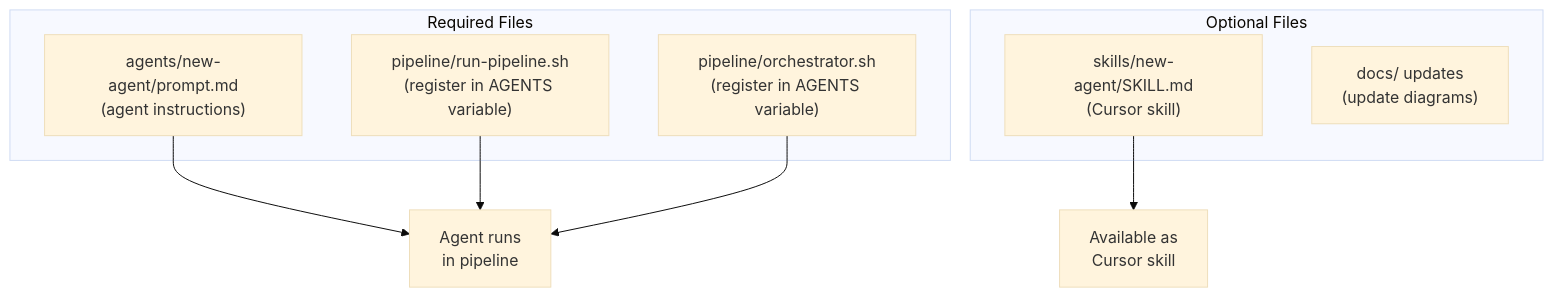
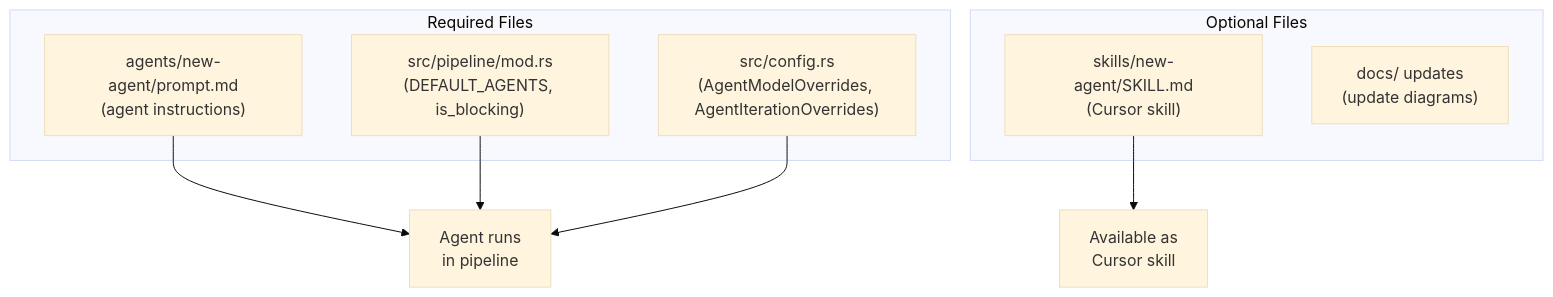
One commit to delehner/wisp changed the first of 2 diagrams in docs/adding-agents.md. Above: the diagram before and after it, drawn with Mermaid (base theme). The commit also changed other lines of this file and 53 other files, not shown here.

````diff
--- a/docs/adding-agents.md
+++ b/docs/adding-agents.md
@@ -7,18 +7,18 @@
 ```mermaid
 flowchart TD
     subgraph Required["Required Files"]
         Prompt["agents/new-agent/prompt.md\n(agent instructions)"]
-        Pipe["pipeline/run-pipeline.sh\n(register in AGENTS variable)"]
-        Orch["pipeline/orchestrator.sh\n(register in AGENTS variable)"]
+        ModRs["src/pipeline/mod.rs\n(DEFAULT_AGENTS, is_blocking)"]
+        ConfigRs["src/config.rs\n(AgentModelOverrides, AgentIterationOverrides)"]
     end
 
     subgraph Optional["Optional Files"]
         Skill["skills/new-agent/SKILL.md\n(Cursor skill)"]
         Rule["docs/ updates\n(update diagrams)"]
     end
 
     Prompt --> Working[Agent runs\nin pipeline]
-    Pipe --> Working
-    Orch --> Working
+    ModRs --> Working
+    ConfigRs --> Working
     Skill --> Cursor[Available as\nCursor skill]
 ```
````
